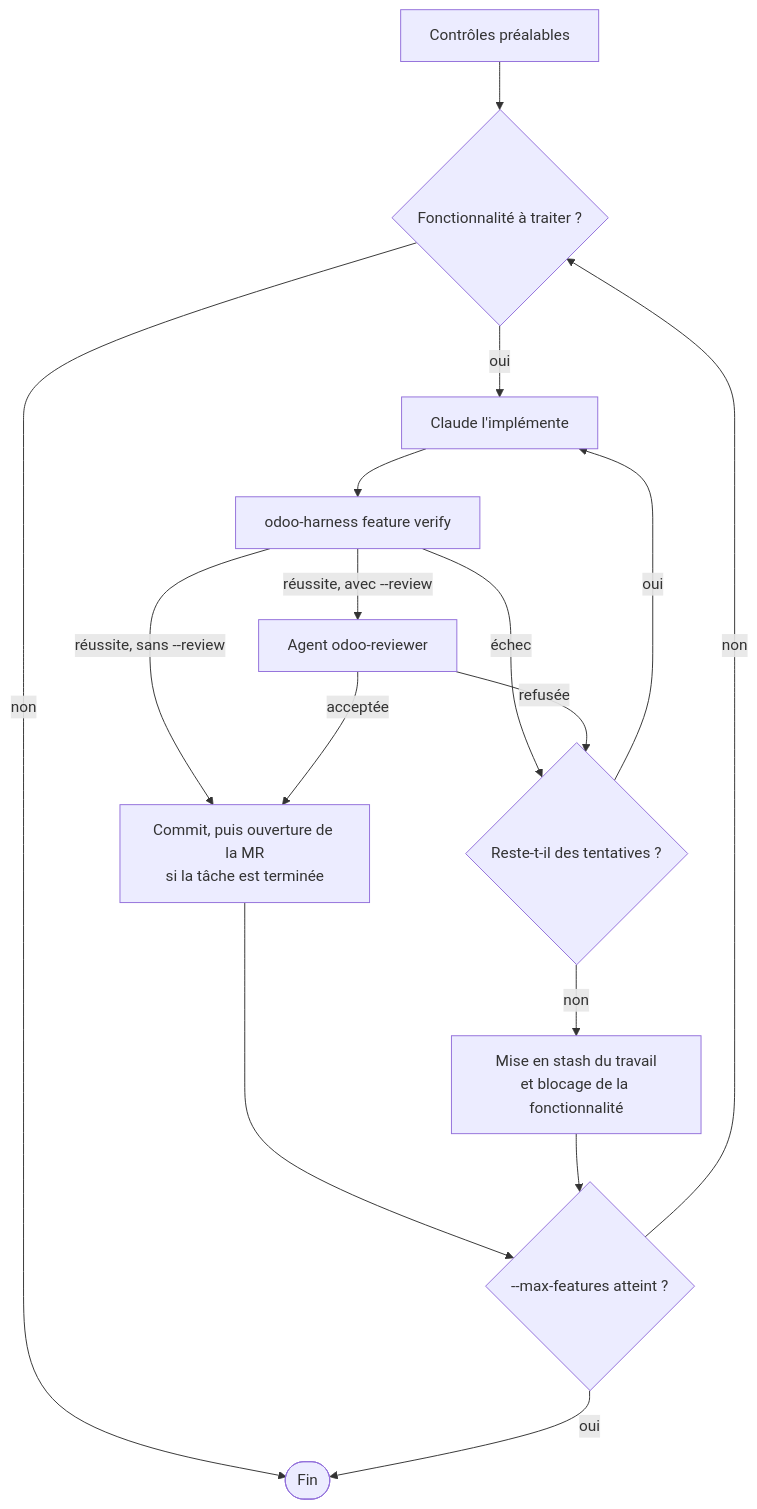
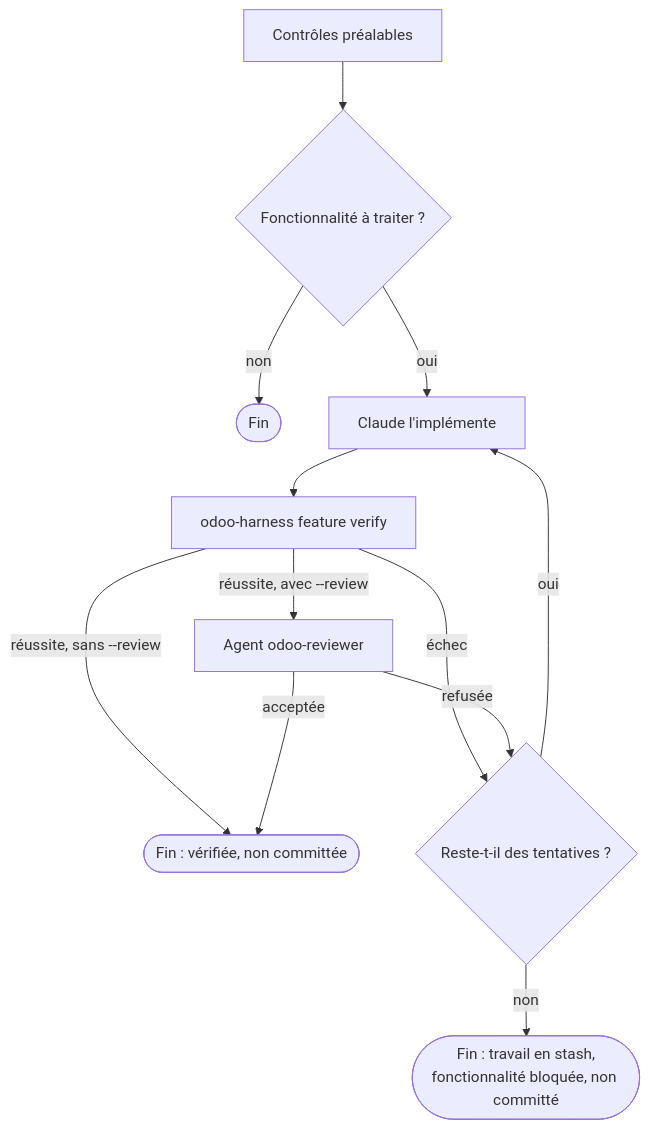
The diagram in README.fr.md (yessin-fogits/claude-odoo-harness), drawn with Mermaid before and after one commit. The commit also changed other lines of this file and 17 other files, not shown here.

````diff
--- a/README.fr.md
+++ b/README.fr.md
@@ -255,18 +256,14 @@
 ```mermaid
 flowchart TD
     P["Contrôles préalables"] --> S{"Fonctionnalité à traiter ?"}
     S -->|"non"| E(["Fin"])
     S -->|"oui"| M["Claude l'implémente"]
     M --> V["odoo-harness feature verify"]
     V -->|"réussite, avec --review"| R["Agent odoo-reviewer"]
-    V -->|"réussite, sans --review"| C["Commit, puis ouverture de la MR<br/>si la tâche est terminée"]
+    V -->|"réussite, sans --review"| C(["Fin : vérifiée, non committée"])
     V -->|"échec"| A{"Reste-t-il des tentatives ?"}
     R -->|"acceptée"| C
     R -->|"refusée"| A
     A -->|"oui"| M
-    A -->|"non"| B["Mise en stash du travail<br/>et blocage de la fonctionnalité"]
-    C --> N{"--max-features atteint ?"}
-    B --> N
-    N -->|"non"| S
-    N -->|"oui"| E
+    A -->|"non"| B(["Fin : travail en stash,<br/>fonctionnalité bloquée, non committé"])
 ```
````
